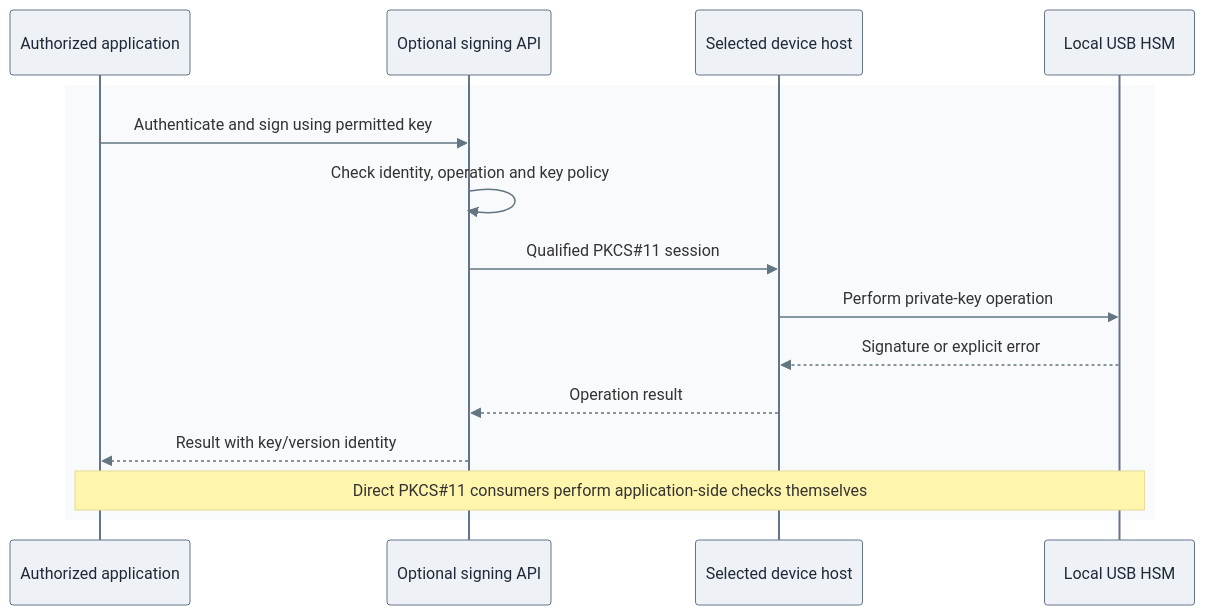
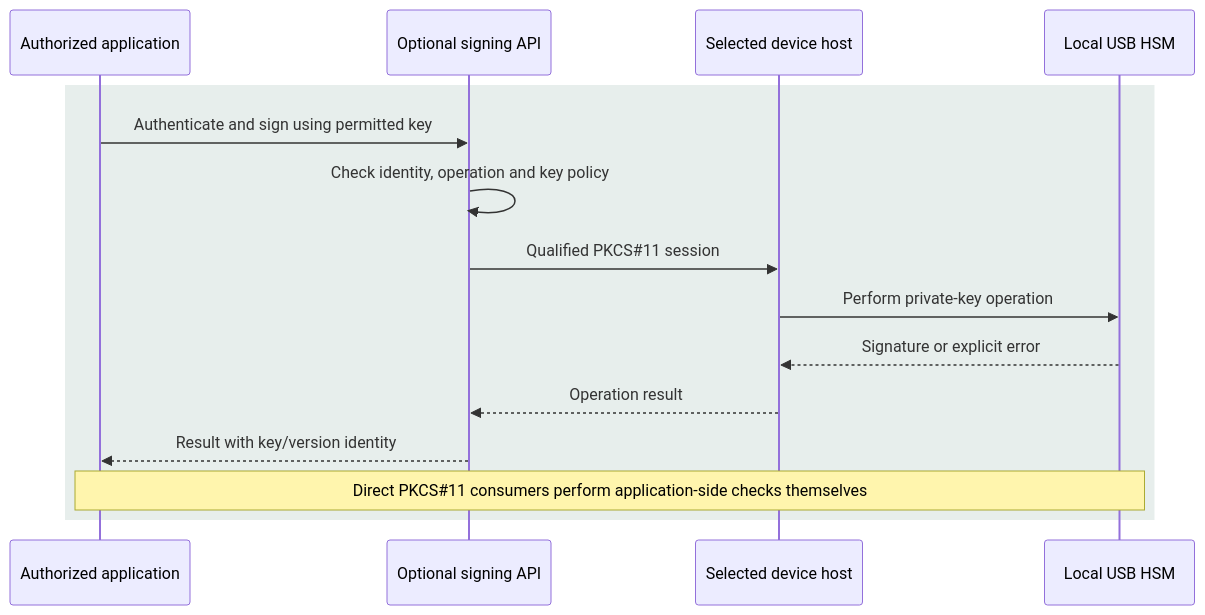
Before and after one commit to Rexus/homelab: the second of 2 diagrams in docs/01-architecture/08-cryptography/04-usb-hsm.md, drawn with Mermaid. The commit also changed other lines of this file and 279 other files, not shown here.

````diff
--- a/docs/01-architecture/08-cryptography/04-usb-hsm.md
+++ b/docs/01-architecture/08-cryptography/04-usb-hsm.md
@@ -111,18 +114,17 @@
 ```mermaid
-%%{init: {"theme":"base","themeVariables":{"lineColor":"#627581","signalColor":"#627581","actorTextColor":"#1f2937","actorBkg":"#eef2f6","actorBorder":"#64748b"}}}%%
 sequenceDiagram
   participant App as Authorized application
   participant API as Optional signing API
   participant Host as Selected device host
   participant Token as Local USB HSM
-  rect rgb(248, 250, 252)
+  rect rgba(57, 115, 102, 0.12)
     App->>API: Authenticate and sign using permitted key
     API->>API: Check identity, operation and key policy
     API->>Host: Qualified PKCS#35;11 session
     Host->>Token: Perform private-key operation
     Token-->>Host: Signature or explicit error
     Host-->>API: Operation result
     API-->>App: Result with key/version identity
     Note over App,Token: Direct PKCS#35;11 consumers perform application-side checks themselves
   end
 ```
````
